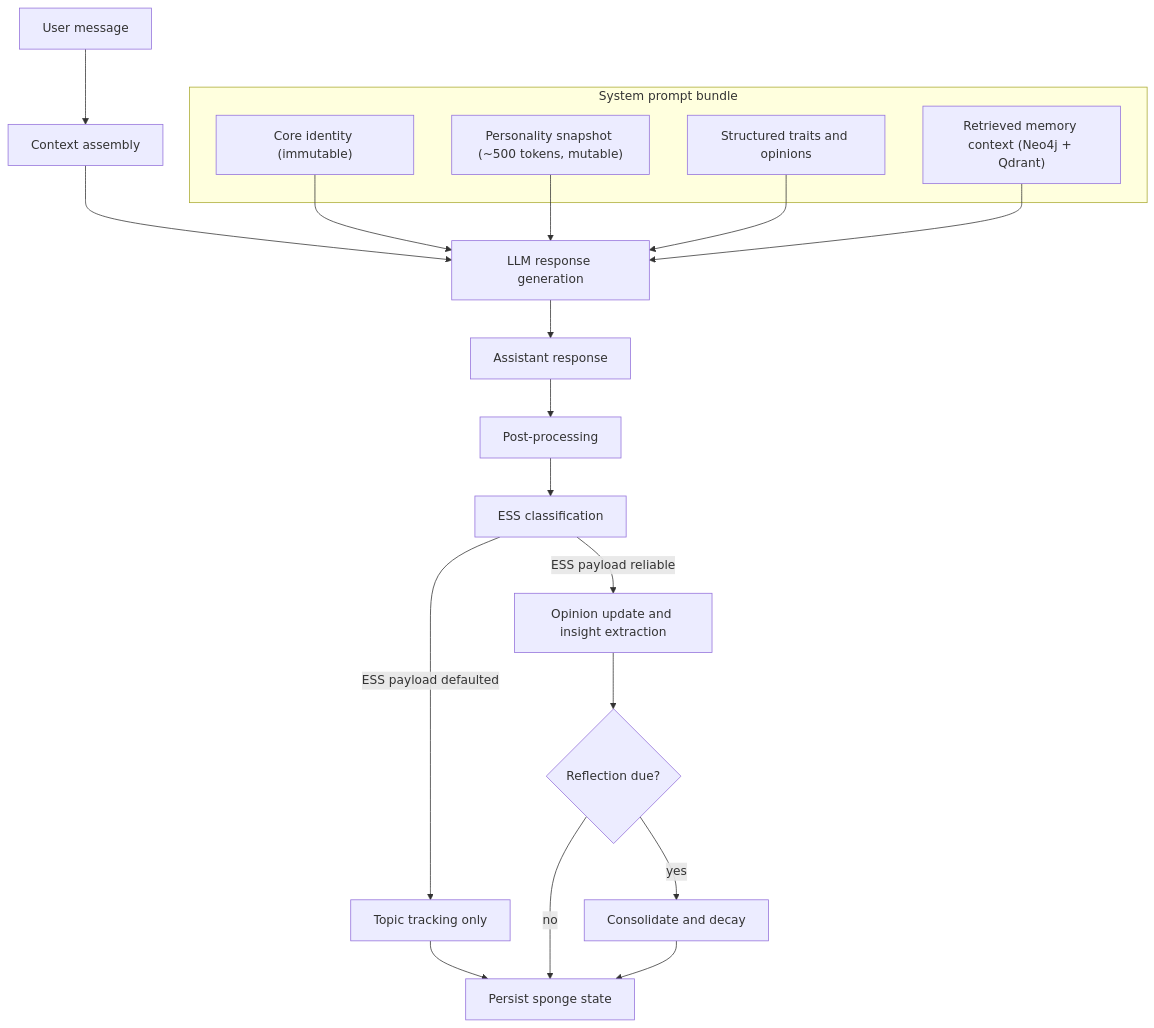
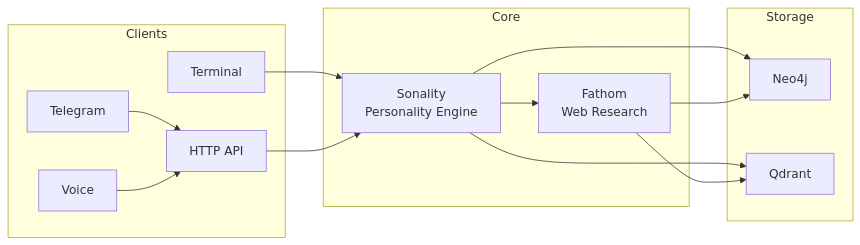
One commit to Okm165/Sonality changed the first of 2 diagrams in README.md. Above: the diagram before and after it, drawn with Mermaid. The commit also changed other lines of this file and 1 other file, not shown here.

Commit message:
Rebrand docs site config and rewrite README Rename site to Sonality, update URL, switch palette to indigo/cyan, restructure navigation. Rewrite README for multi-agent architecture, three quick start modes, technical contributions, research foundations.

````diff
--- a/README.md
+++ b/README.md
@@ -11,27 +7,29 @@
 ```mermaid
-flowchart TD
-    USER["User message"] --> CTX["Context assembly"]
-
-    subgraph PROMPT["System prompt bundle"]
-        ID["Core identity (immutable)"]
-        SNAP["Personality snapshot (~500 tokens, mutable)"]
-        TRAITS["Structured traits and opinions"]
-        MEM["Retrieved memory context (Neo4j + Qdrant)"]
+flowchart LR
+    subgraph clients ["Clients"]
+        CLI["Terminal"]
+        API["HTTP API"]
+        TG["Telegram"]
+        Voice["Voice"]
     end
 
-    CTX --> GEN["LLM response generation"]
-    ID --> GEN
-    SNAP --> GEN
-    TRAITS --> GEN
-    MEM --> GEN
-    GEN --> RESP["Assistant response"]
-    RESP --> POST["Post-processing"]
-    POST --> ESS["ESS classification"]
-    ESS -->|ESS payload reliable| UPDATE["Opinion update and insight extraction"]
-    ESS -->|ESS payload defaulted| TRACK["Topic tracking only"]
-    UPDATE --> REFLECT{"Reflection due?"}
-    TRACK --> SAVE["Persist sponge state"]
-    REFLECT -->|yes| CONSOLIDATE["Consolidate and decay"]
-    REFLECT -->|no| SAVE
-    CONSOLIDATE --> SAVE
+    subgraph core ["Core"]
+        Sonality["Sonality<br/>Personality Engine"]
+        Fathom["Fathom<br/>Web Research"]
+    end
+
+    subgraph storage ["Storage"]
+        Neo4j["Neo4j"]
+        Qdrant["Qdrant"]
+    end
+
+    CLI --> Sonality
+    API --> Sonality
+    TG --> API
+    Voice --> API
+    Sonality --> Fathom
+    Sonality --> Neo4j
+    Sonality --> Qdrant
+    Fathom --> Neo4j
+    Fathom --> Qdrant
 ```
````
